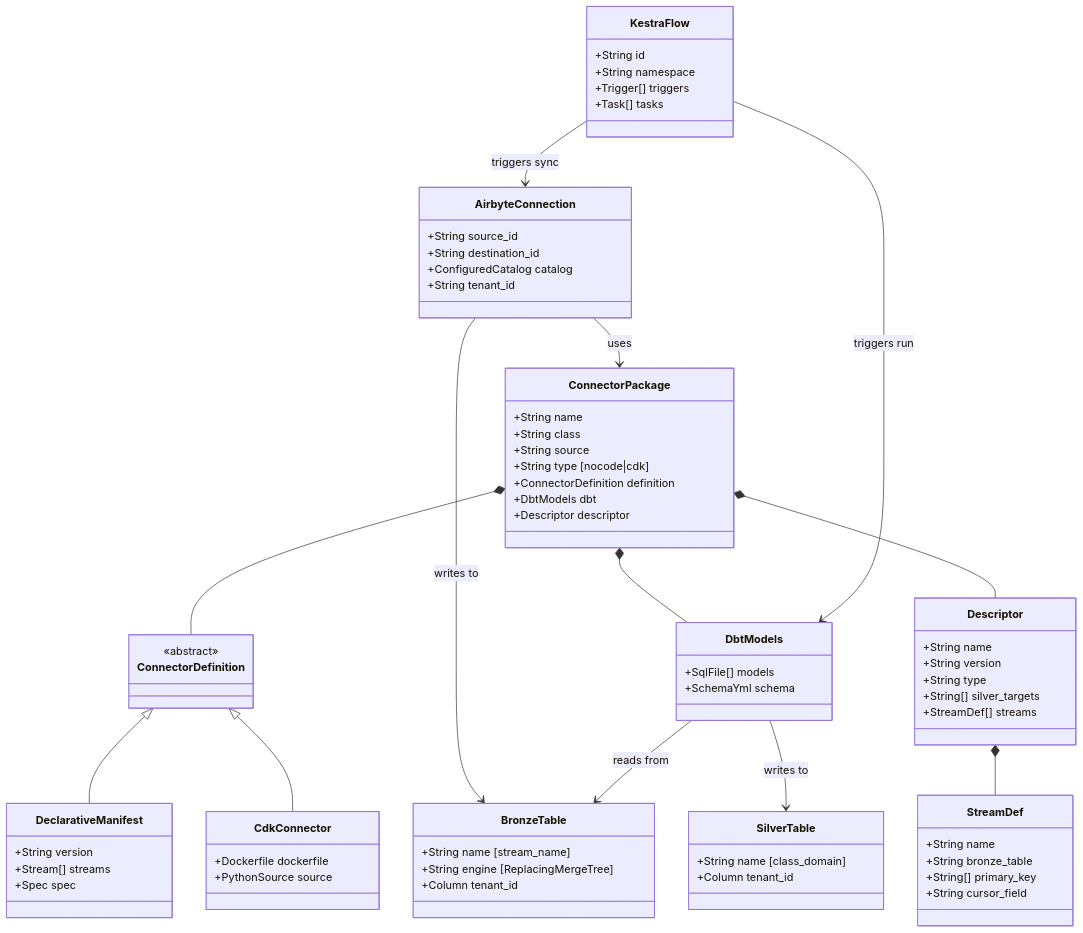
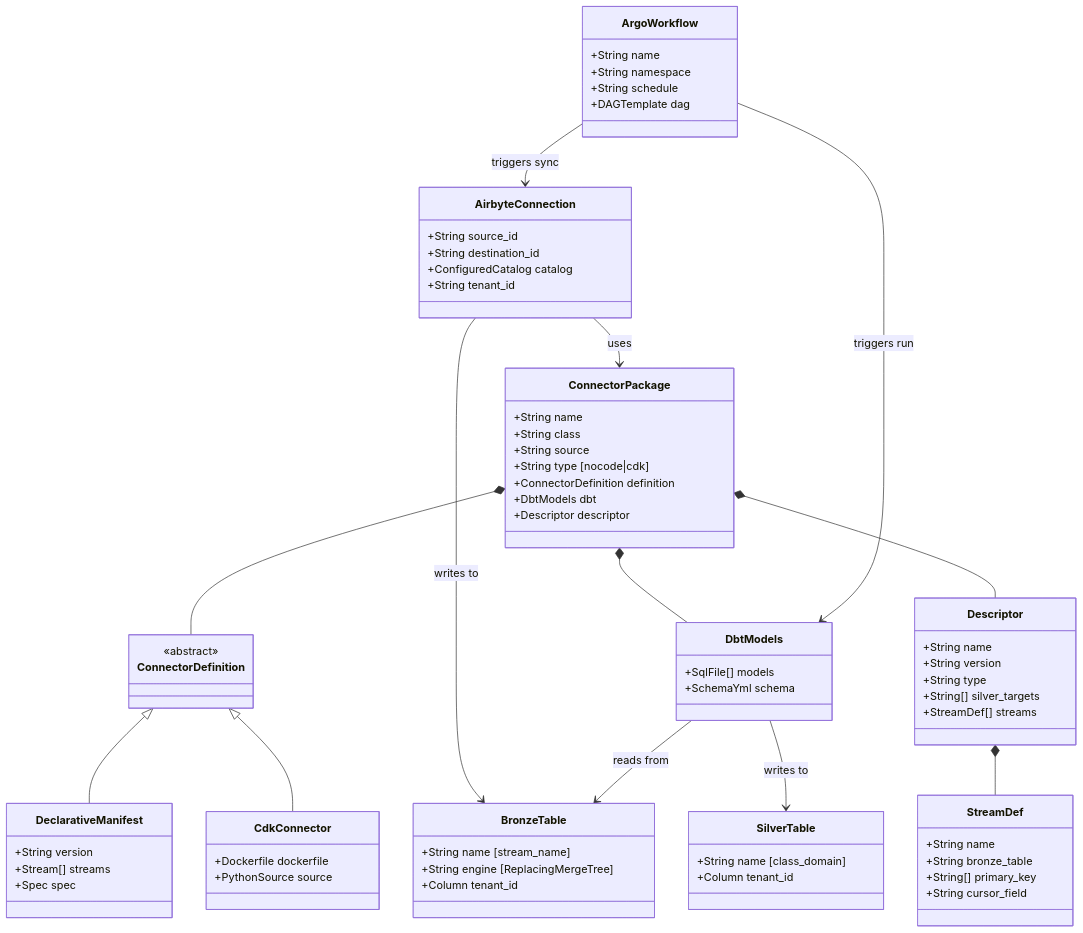
Before and after one commit to cyberfabric/insight-spec: the first of 3 diagrams in docs/domain/ingestion/specs/DESIGN.md, drawn with Mermaid. The commit also changed other lines of this file and 43 other files, not shown here.

````diff
--- a/docs/domain/ingestion/specs/DESIGN.md
+++ b/docs/domain/ingestion/specs/DESIGN.md
@@ -211,75 +212,75 @@
 ```mermaid
 classDiagram
     class ConnectorPackage {
         +String name
         +String class
         +String source
         +String type [nocode|cdk]
         +ConnectorDefinition definition
         +DbtModels dbt
         +Descriptor descriptor
     }
     class ConnectorDefinition {
         <<abstract>>
     }
     class DeclarativeManifest {
         +String version
         +Stream[] streams
         +Spec spec
     }
     class CdkConnector {
         +Dockerfile dockerfile
         +PythonSource source
     }
     class Descriptor {
         +String name
         +String version
         +String type
         +String[] silver_targets
         +StreamDef[] streams
     }
     class StreamDef {
         +String name
         +String bronze_table
         +String[] primary_key
         +String cursor_field
     }
     class DbtModels {
         +SqlFile[] models
         +SchemaYml schema
     }
     class AirbyteConnection {
         +String source_id
         +String destination_id
         +ConfiguredCatalog catalog
         +String tenant_id
     }
-    class KestraFlow {
-        +String id
+    class ArgoWorkflow {
+        +String name
         +String namespace
-        +Trigger[] triggers
-        +Task[] tasks
+        +String schedule
+        +DAGTemplate dag
     }
     class BronzeTable {
         +String name [stream_name]
         +String engine [ReplacingMergeTree]
         +Column tenant_id
     }
     class SilverTable {
         +String name [class_domain]
         +Column tenant_id
     }
 
     ConnectorPackage *-- ConnectorDefinition
     ConnectorPackage *-- DbtModels
     ConnectorPackage *-- Descriptor
     ConnectorDefinition <|-- DeclarativeManifest
     ConnectorDefinition <|-- CdkConnector
     Descriptor *-- StreamDef
     AirbyteConnection --> ConnectorPackage : uses
-    KestraFlow --> AirbyteConnection : triggers sync
-    KestraFlow --> DbtModels : triggers run
+    ArgoWorkflow --> AirbyteConnection : triggers sync
+    ArgoWorkflow --> DbtModels : triggers run
     AirbyteConnection --> BronzeTable : writes to
     DbtModels --> BronzeTable : reads from
     DbtModels --> SilverTable : writes to
 ```
````
